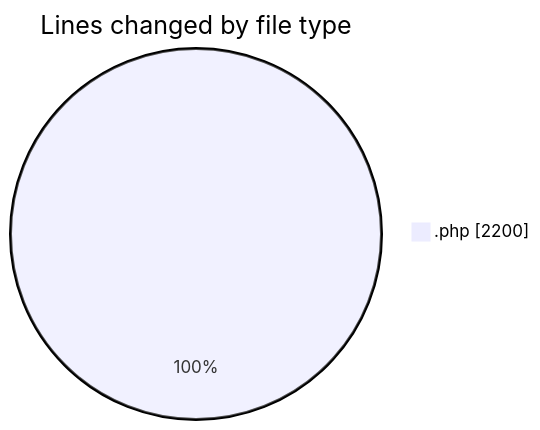
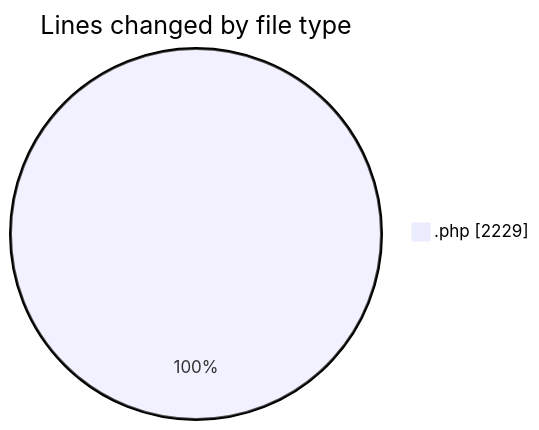
The first of 2 diagrams in 2025-10-22/untitled__workspace_/README.md (debugP/code-tracking), drawn with Mermaid before and after one commit. The commit also changed other lines of this file and 1 other file, not shown here.

````diff
--- a/2025-10-22/untitled__workspace_/README.md
+++ b/2025-10-22/untitled__workspace_/README.md
@@ -20,5 +20,5 @@
 ```mermaid
 pie showData
 title Lines changed by file type
-".php" : 2200
+".php" : 2229
 ```
````
